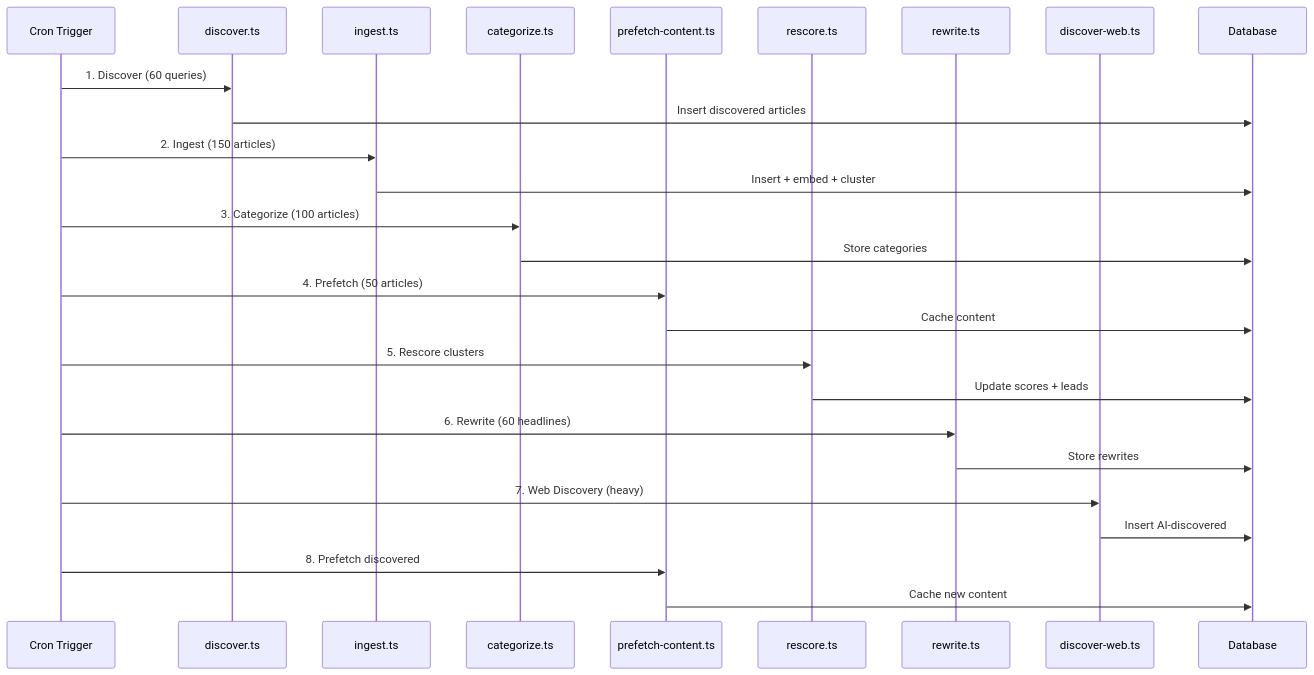
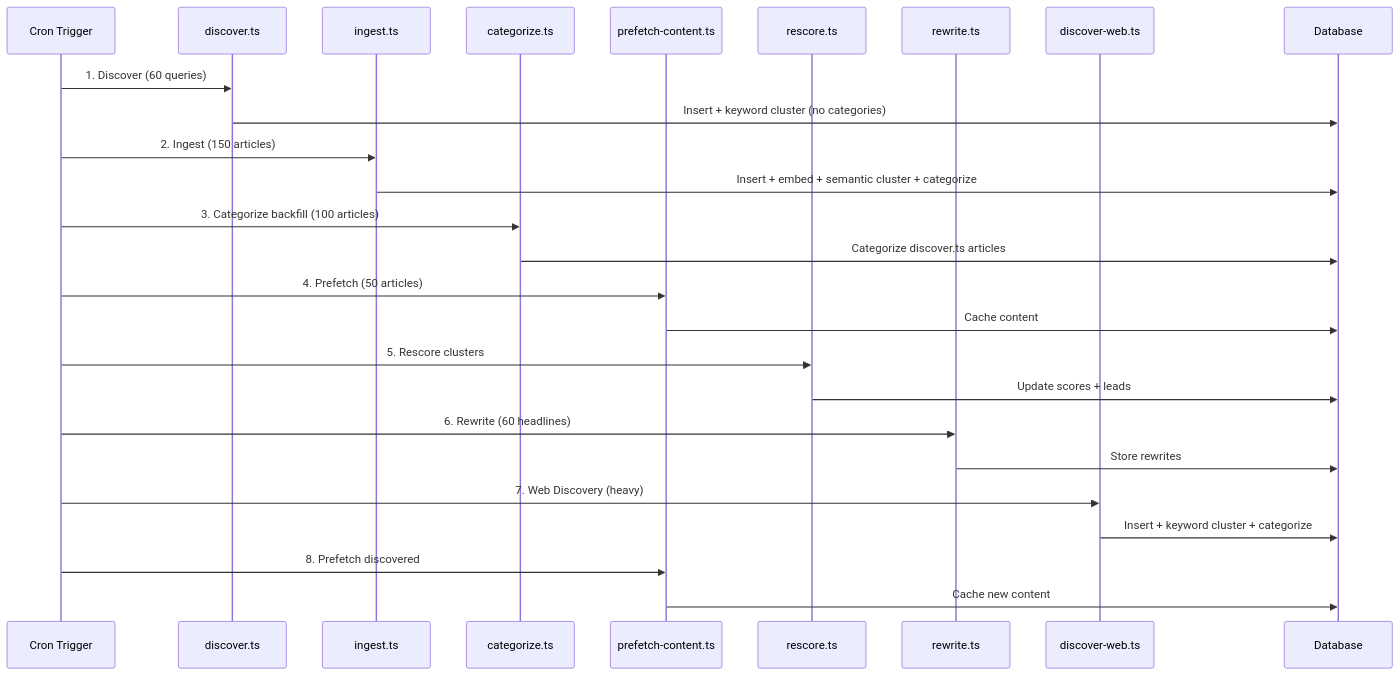
One commit to dwahbe/climate-river changed the third of 6 diagrams in README.md. Above: the diagram before and after it, drawn with Mermaid. The commit also changed other lines of this file, not shown here.

````diff
--- a/README.md
+++ b/README.md
@@ -100,36 +115,36 @@
 ```mermaid
 sequenceDiagram
     participant C as Cron Trigger
     participant D as discover.ts
     participant I as ingest.ts
     participant CA as categorize.ts
     participant P as prefetch-content.ts
     participant R as rescore.ts
     participant RW as rewrite.ts
     participant W as discover-web.ts
     participant DB as Database
 
     C->>D: 1. Discover (60 queries)
-    D->>DB: Insert discovered articles
+    D->>DB: Insert + keyword cluster (no categories)
 
     C->>I: 2. Ingest (150 articles)
-    I->>DB: Insert + embed + cluster
+    I->>DB: Insert + embed + semantic cluster + categorize
 
-    C->>CA: 3. Categorize (100 articles)
-    CA->>DB: Store categories
+    C->>CA: 3. Categorize backfill (100 articles)
+    CA->>DB: Categorize discover.ts articles
 
     C->>P: 4. Prefetch (50 articles)
     P->>DB: Cache content
 
     C->>R: 5. Rescore clusters
     R->>DB: Update scores + leads
 
     C->>RW: 6. Rewrite (60 headlines)
     RW->>DB: Store rewrites
 
     C->>W: 7. Web Discovery (heavy)
-    W->>DB: Insert AI-discovered
+    W->>DB: Insert + keyword cluster + categorize
 
     C->>P: 8. Prefetch discovered
     P->>DB: Cache new content
 ```
````
